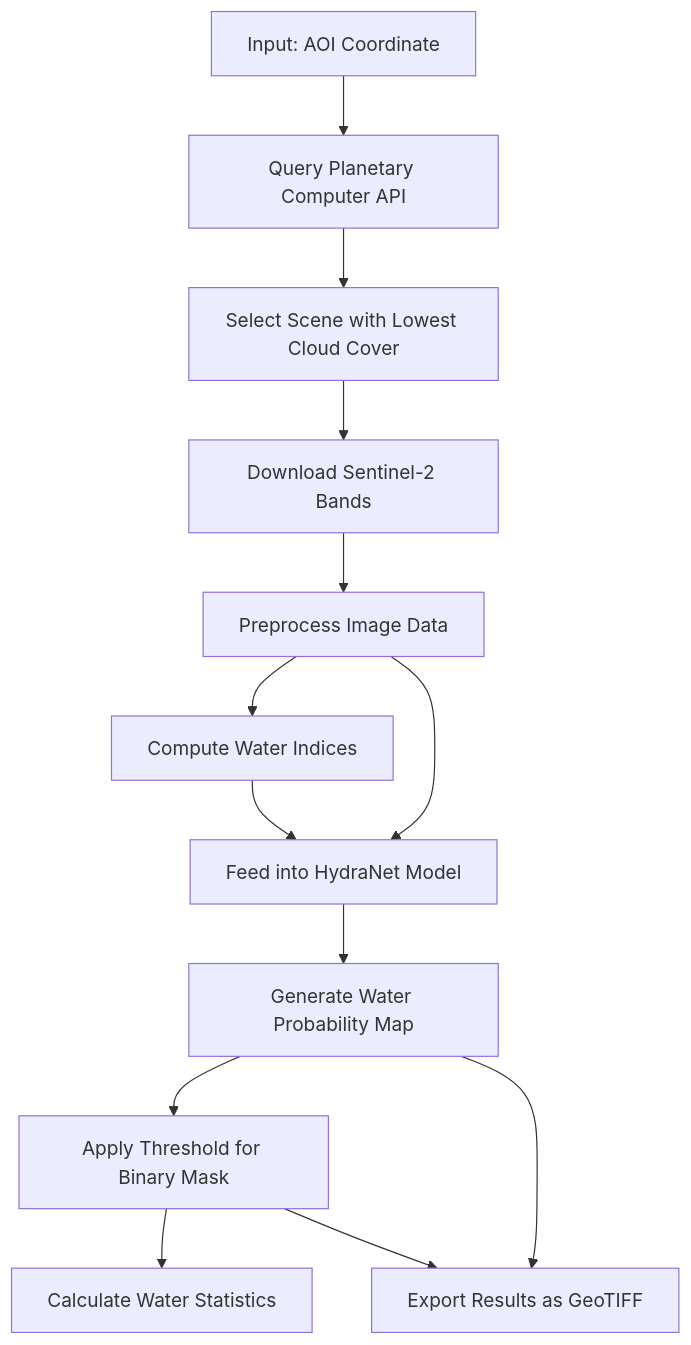
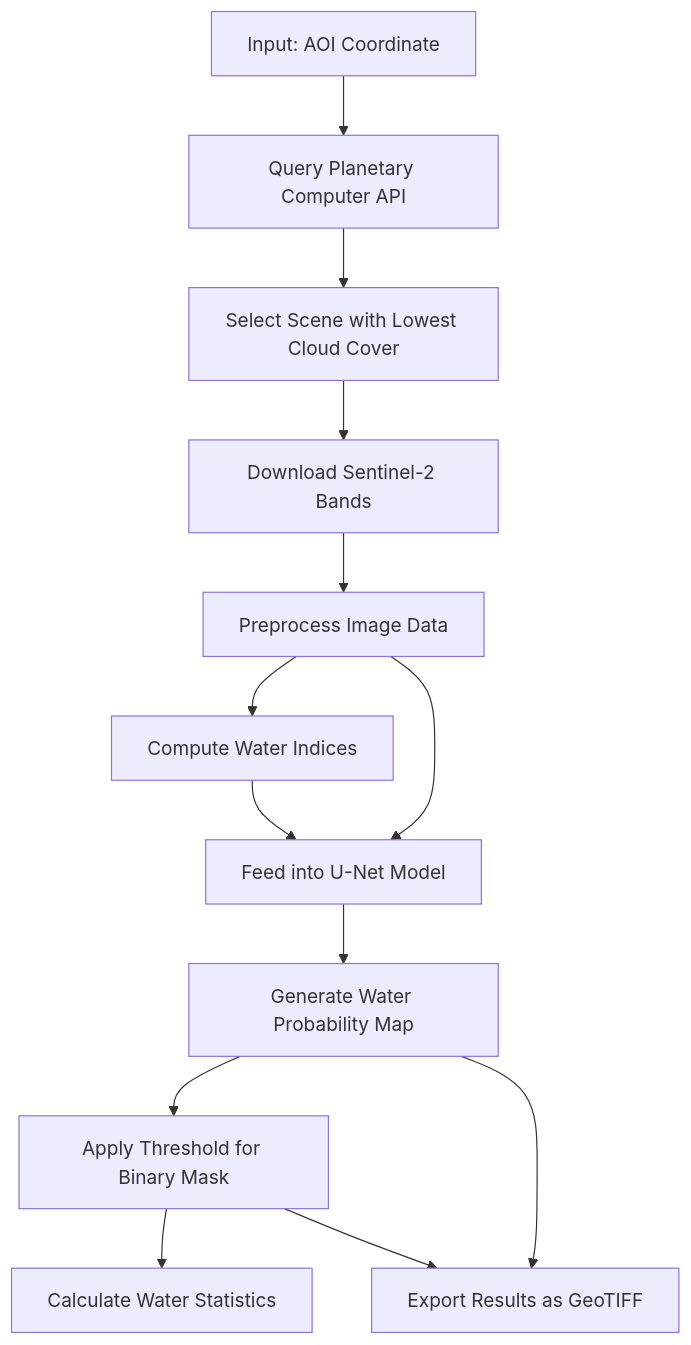
One commit to BaterHub/CNN-Wetland-Detection changed the diagram in README.md. Above: the diagram before and after it, drawn with Mermaid. The commit also changed other lines of this file and 3 other files, not shown here.

Commit message:
changed CNN from HydraNet to U-Net

````diff
--- a/README.md
+++ b/README.md
@@ -181,15 +181,15 @@
 ```mermaid
 graph TD
     A[Input: AOI Coordinate] --> B[Query Planetary Computer API]
     B --> C[Select Scene with Lowest Cloud Cover]
     C --> D[Download Sentinel-2 Bands]
     D --> E[Preprocess Image Data]
     E --> F[Compute Water Indices]
-    E --> G[Feed into HydraNet Model]
+    E --> G[Feed into U-Net Model]
     F --> G
     G --> H[Generate Water Probability Map]
     H --> I[Apply Threshold for Binary Mask]
     I --> J[Calculate Water Statistics]
     H --> K[Export Results as GeoTIFF]
     I --> K
 ```
````
